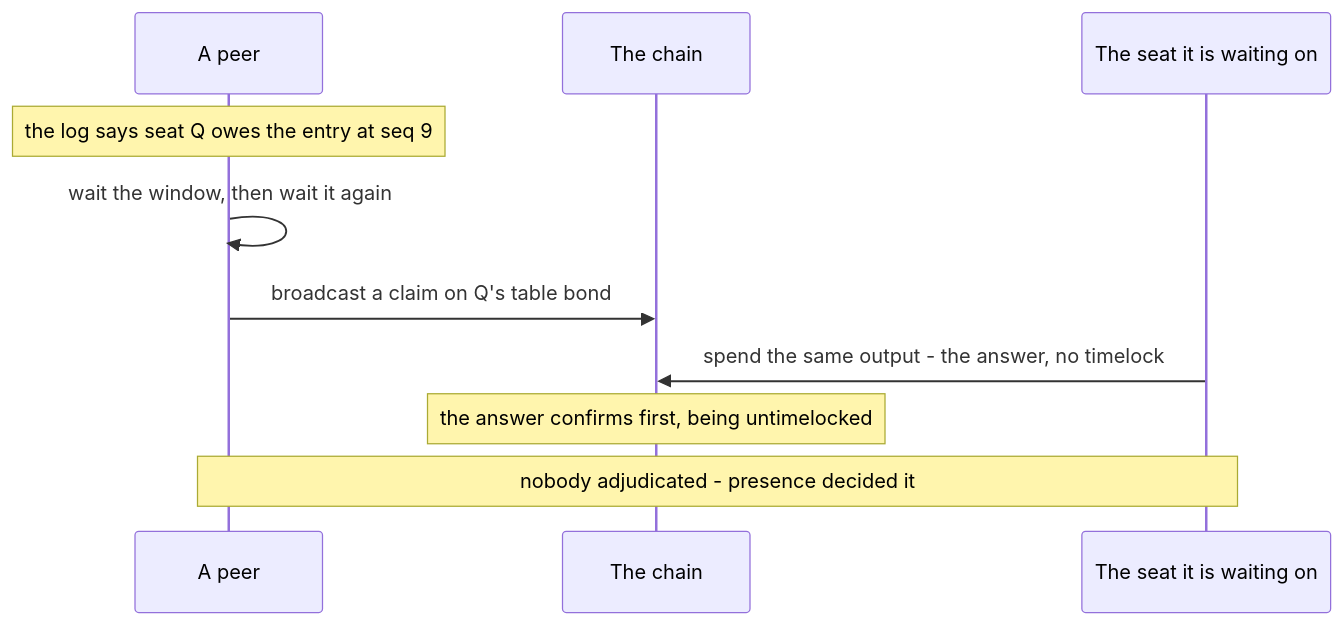
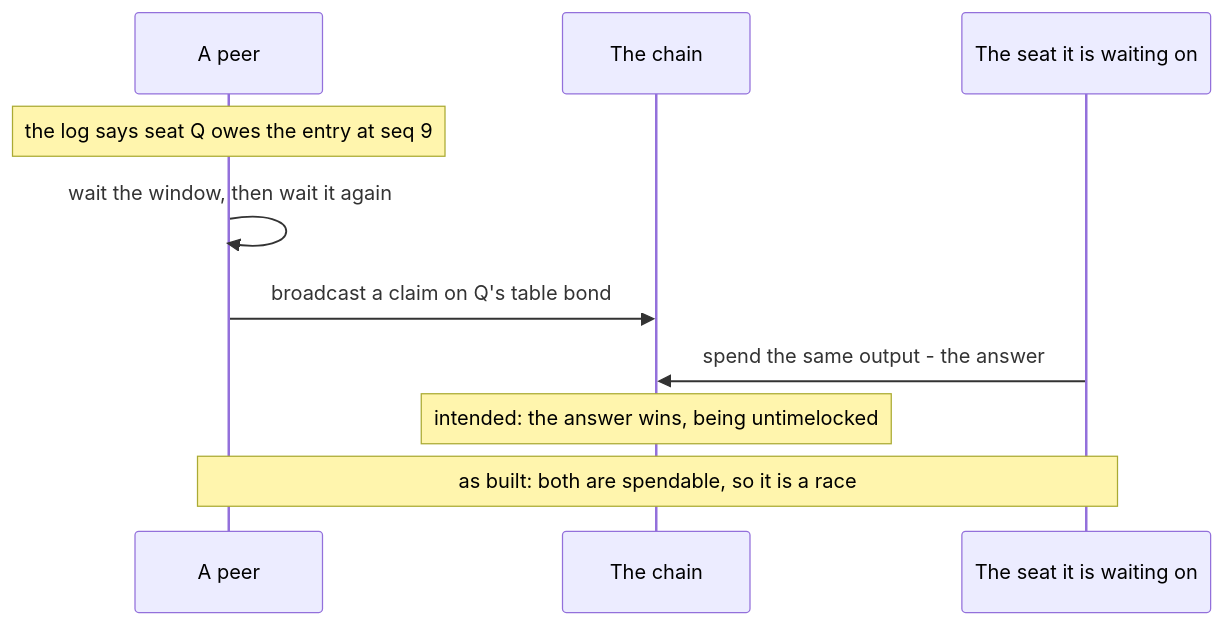
The fifth of 5 diagrams in docs/trust-model.md (karamble/dcrpoker), drawn with Mermaid before and after one commit. The commit also changed other lines of this file and 3 other files, not shown here.

````diff
--- a/docs/trust-model.md
+++ b/docs/trust-model.md
@@ -329,12 +335,12 @@
 ```mermaid
 sequenceDiagram
     participant P as A peer
     participant Chain as The chain
     participant Q as The seat it is waiting on
     Note over P: the log says seat Q owes the entry at seq 9
     P->>P: wait the window, then wait it again
     P->>Chain: broadcast a claim on Q's table bond
-    Q->>Chain: spend the same output - the answer, no timelock
-    Note over Chain: the answer confirms first, being untimelocked
-    Note over P,Q: nobody adjudicated - presence decided it
+    Q->>Chain: spend the same output - the answer
+    Note over Chain: intended: the answer wins, being untimelocked
+    Note over P,Q: as built: both are spendable, so it is a race
 ```
````
